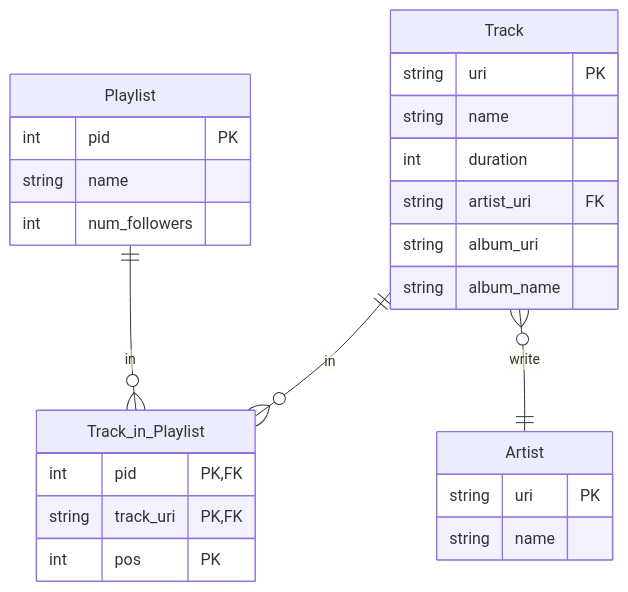
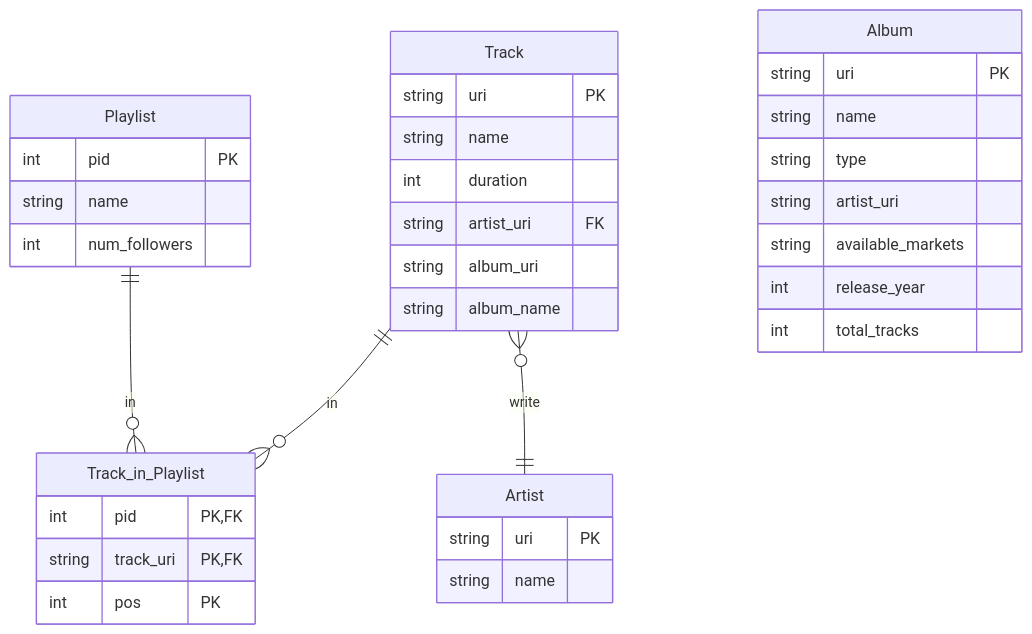
Before and after one commit to kelvin-olaiya/exam-big-data: the diagram in README.md, drawn with Mermaid. The commit also changed other lines of this file, not shown here.

````diff
--- a/README.md
+++ b/README.md
@@ -17,29 +17,39 @@
 ```mermaid
 erDiagram
     Track {
         string uri PK
         string name
         int duration
         string artist_uri FK
         string album_uri
         string album_name
     }
     Playlist {
         int pid PK
         string name
         int num_followers
     }
     Track_in_Playlist {
         int pid PK, FK
         string track_uri PK, FK
         int pos PK
     }
     Artist {
         string uri PK
         string name
     }
 
+    Album {
+        string uri PK
+        string name
+        string type
+        string artist_uri
+        string available_markets
+        int release_year
+        int total_tracks 
+    }
+
     Track only one to zero or more Track_in_Playlist : in
     Playlist only one to zero or more Track_in_Playlist : in
     Track zero or more to only one Artist : write
 ```
````
